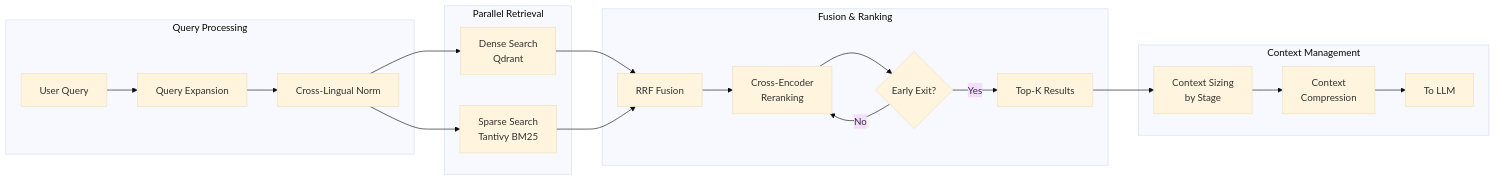
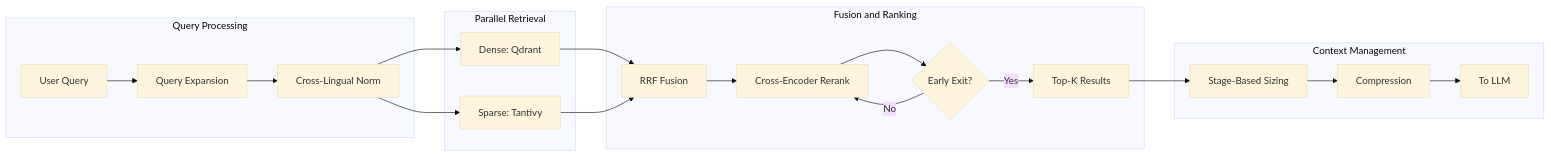
One commit to ayushmaanbhav/Voice-Activated-Autonomous-Knowledge-System changed the sixth of 6 diagrams in README.md. Above: the diagram before and after it, drawn with Mermaid (base theme). The commit also changed other lines of this file, not shown here.

First line of the commit message:
fix(docs): correct mermaid diagram syntax for GitHub rendering

````diff
--- a/README.md
+++ b/README.md
@@ -871,27 +871,27 @@
 ```mermaid
 graph LR
-    subgraph "Query Processing"
+    subgraph QueryProc[Query Processing]
         Q[User Query] --> QE[Query Expansion]
         QE --> CL[Cross-Lingual Norm]
     end
 
-    subgraph "Parallel Retrieval"
-        CL --> DS[Dense Search<br/>Qdrant]
-        CL --> SS[Sparse Search<br/>Tantivy BM25]
+    subgraph Retrieval[Parallel Retrieval]
+        CL --> DS[Dense: Qdrant]
+        CL --> SS[Sparse: Tantivy]
     end
 
-    subgraph "Fusion & Ranking"
+    subgraph Ranking[Fusion and Ranking]
         DS --> RRF[RRF Fusion]
         SS --> RRF
-        RRF --> RR[Cross-Encoder<br/>Reranking]
+        RRF --> RR[Cross-Encoder Rerank]
         RR --> EE{Early Exit?}
         EE -->|Yes| OUT[Top-K Results]
         EE -->|No| RR
     end
 
-    subgraph "Context Management"
-        OUT --> CS[Context Sizing<br/>by Stage]
-        CS --> CC[Context<br/>Compression]
+    subgraph Context[Context Management]
+        OUT --> CS[Stage-Based Sizing]
+        CS --> CC[Compression]
         CC --> LLM[To LLM]
     end
 ```
````
